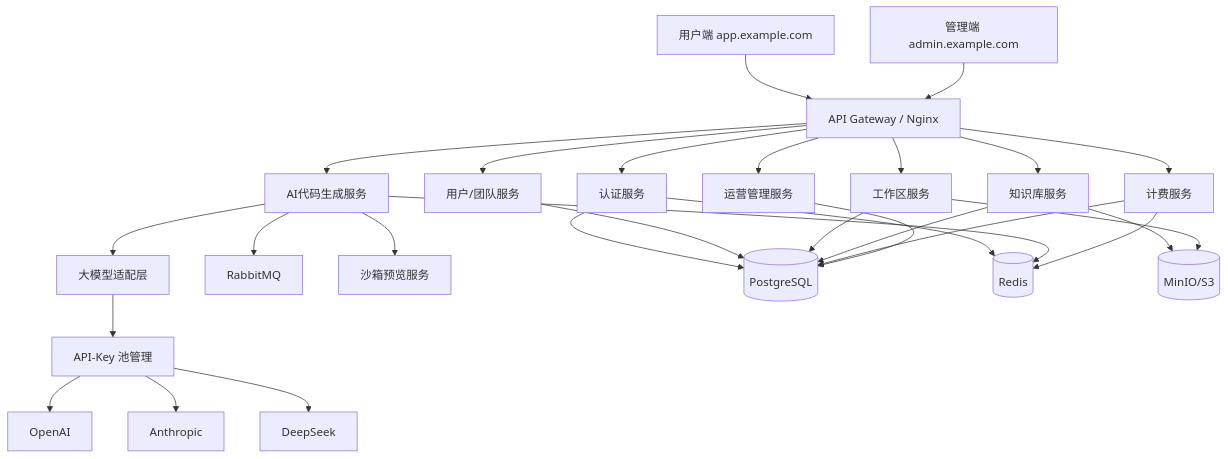
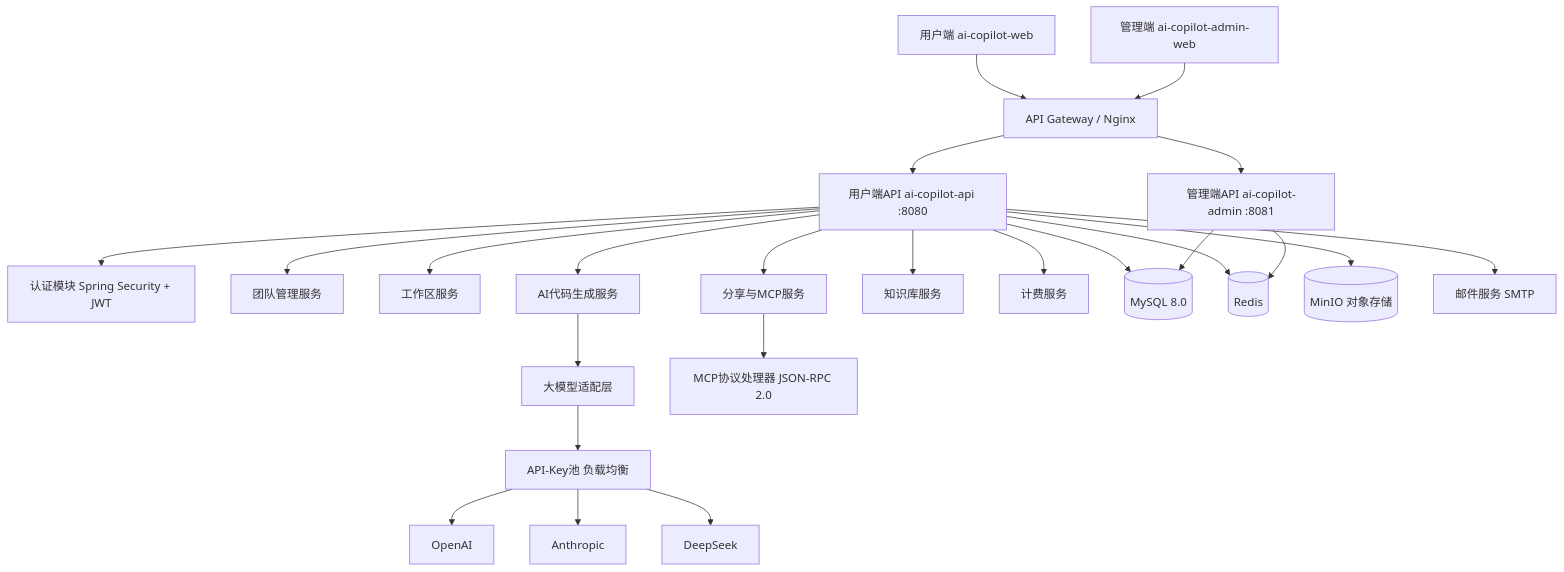
One commit to dtssv/ai-design changed the second of 3 diagrams in docs/technical-design.md. Above: the diagram before and after it, drawn with Mermaid. The commit also changed other lines of this file and 36 other files, not shown here.

````diff
--- a/docs/technical-design.md
+++ b/docs/technical-design.md
@@ -1190,36 +953,31 @@
 ```mermaid
 graph TB
-    UserApp[用户端 app.example.com] --> Gateway[API Gateway / Nginx]
-    AdminApp[管理端 admin.example.com] --> Gateway
+    UserWeb[用户端 ai-copilot-web] --> Gateway[API Gateway / Nginx]
+    AdminWeb[管理端 ai-copilot-admin-web] --> Gateway
 
-    Gateway --> AuthService[认证服务]
-    Gateway --> UserService[用户/团队服务]
-    Gateway --> WorkspaceService[工作区服务]
-    Gateway --> AIService[AI代码生成服务]
-    Gateway --> KnowledgeService[知识库服务]
-    Gateway --> BillingService[计费服务]
-    Gateway --> AdminService[运营管理服务]
+    Gateway --> CopilotApi[用户端API ai-copilot-api :8080]
+    Gateway --> AdminApi[管理端API ai-copilot-admin :8081]
 
-    AIService --> ModelAdapter[大模型适配层]
-    ModelAdapter --> KeyPool[API-Key 池管理]
+    CopilotApi --> AuthModule[认证模块 Spring Security + JWT]
+    CopilotApi --> TeamModule[团队管理服务]
+    CopilotApi --> WorkspaceModule[工作区服务]
+    CopilotApi --> AIModule[AI代码生成服务]
+    CopilotApi --> ShareModule[分享与MCP服务]
+    CopilotApi --> KBModule[知识库服务]
+    CopilotApi --> BillingModule[计费服务]
+
+    AIModule --> ModelAdapter[大模型适配层]
+    ModelAdapter --> KeyPool[API-Key池 负载均衡]
     KeyPool --> OpenAI[OpenAI]
     KeyPool --> Anthropic[Anthropic]
     KeyPool --> DeepSeek[DeepSeek]
 
-    AIService --> MessageQueue[RabbitMQ]
-    AIService --> SandboxService[沙箱预览服务]
+    ShareModule --> McpHandler[MCP协议处理器 JSON-RPC 2.0]
 
-    AuthService --> PostgreSQL[(PostgreSQL)]
-    UserService --> PostgreSQL
-    WorkspaceService --> PostgreSQL
-    KnowledgeService --> PostgreSQL
-    BillingService --> PostgreSQL
-    AdminService --> PostgreSQL
-
-    AuthService --> Redis[(Redis)]
-    AIService --> Redis
-    BillingService --> Redis
-
-    KnowledgeService --> ObjectStorage[(MinIO/S3)]
-    WorkspaceService --> ObjectStorage
+    CopilotApi --> MySQL[(MySQL 8.0)]
+    AdminApi --> MySQL
+    CopilotApi --> Redis[(Redis)]
+    AdminApi --> Redis
+    CopilotApi --> MinIO[(MinIO 对象存储)]
+    CopilotApi --> MailService[邮件服务 SMTP]
 ```
````
